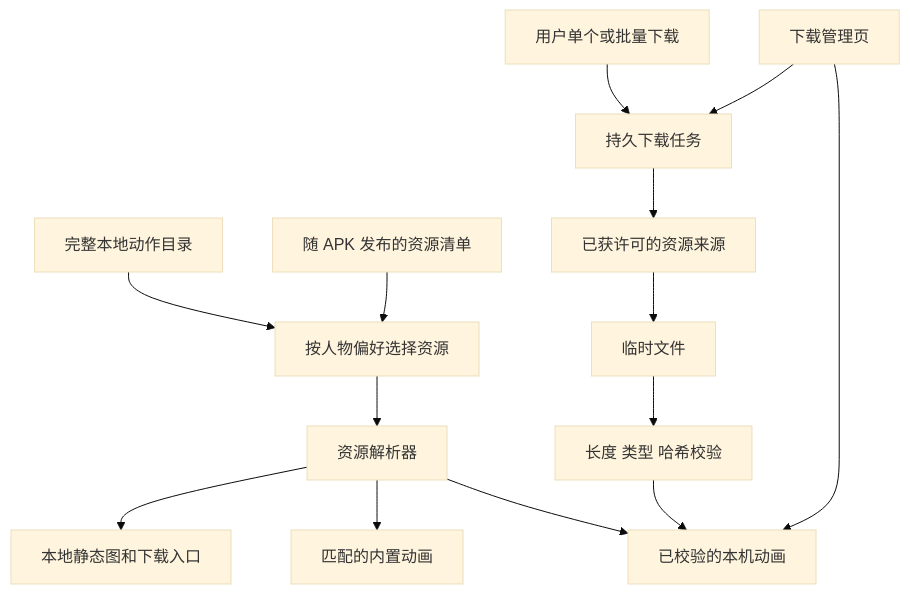
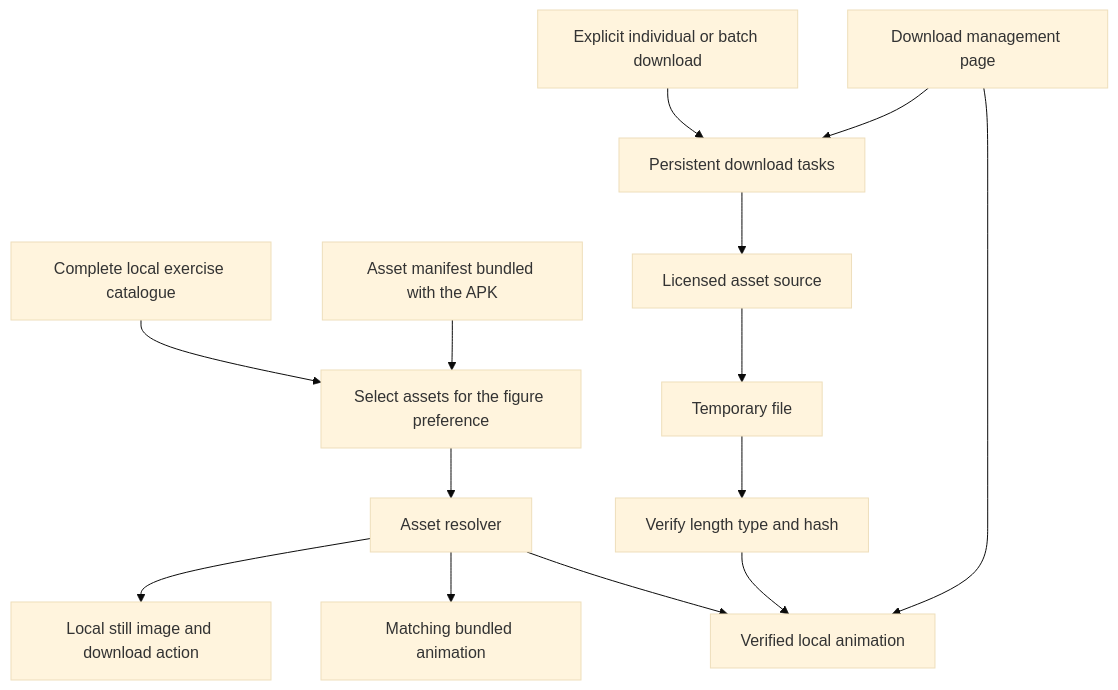
Before and after one commit to DuarteSantos8/openGym: the diagram in docs/superpowers/specs/2026-10-22-on-demand-exercise-media-design.md, drawn with Mermaid (base theme). The commit also changed other lines of this file and 1 other file, not shown here.

````diff
--- a/docs/superpowers/specs/2026-10-22-on-demand-exercise-media-design.md
+++ b/docs/superpowers/specs/2026-10-22-on-demand-exercise-media-design.md
@@ -91,16 +91,16 @@
 ```mermaid
 flowchart TD
-    Catalogue[完整本地动作目录] --> Select[按人物偏好选择资源]
-    Manifest[随 APK 发布的资源清单] --> Select
-    Select --> Resolve[资源解析器]
-    Resolve --> Bundled[匹配的内置动画]
-    Resolve --> Local[已校验的本机动画]
-    Resolve --> Still[本地静态图和下载入口]
-    User[用户单个或批量下载] --> Queue[持久下载任务]
-    Queue --> Source[已获许可的资源来源]
-    Source --> Temp[临时文件]
-    Temp --> Verify[长度 类型 哈希校验]
+    Catalogue[Complete local exercise catalogue] --> Select[Select assets for the figure preference]
+    Manifest[Asset manifest bundled with the APK] --> Select
+    Select --> Resolve[Asset resolver]
+    Resolve --> Bundled[Matching bundled animation]
+    Resolve --> Local[Verified local animation]
+    Resolve --> Still[Local still image and download action]
+    User[Explicit individual or batch download] --> Queue[Persistent download tasks]
+    Queue --> Source[Licensed asset source]
+    Source --> Temp[Temporary file]
+    Temp --> Verify[Verify length type and hash]
     Verify --> Local
-    Manage[下载管理页] --> Queue
+    Manage[Download management page] --> Queue
     Manage --> Local
 ```
````
